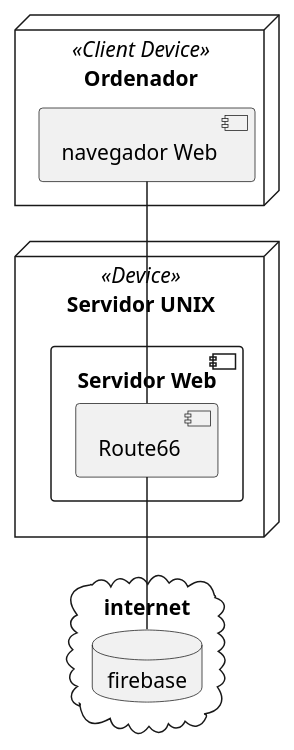
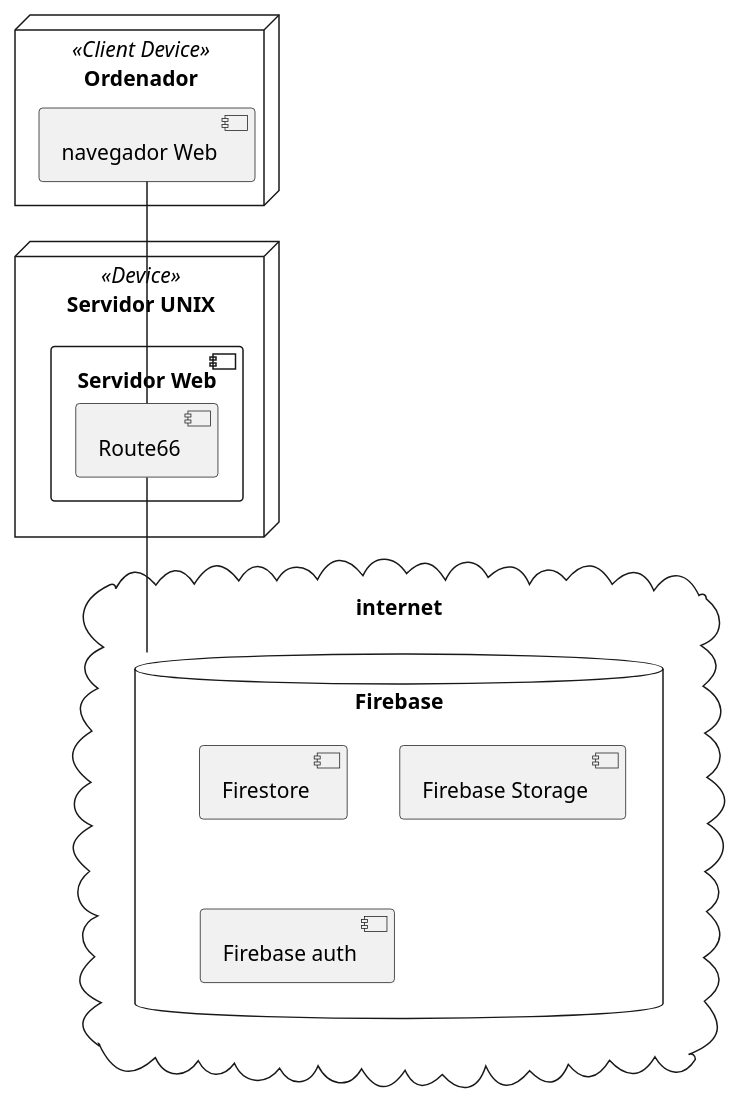
The diagram in despliegue.wsd (Cramer-0xbit/route66-plantuml), drawn with PlantUML before and after one commit. The commit also changed 5 other files, not shown here.

```diff
--- a/despliegue.wsd
+++ b/despliegue.wsd
@@ -1,16 +1,20 @@
 @startuml
 node "Ordenador" as Ordenador <<Client Device>>{
     component "navegador Web"  as browser   
 }
 
 node "Servidor UNIX" as Servidor  <<Device>>{
     component "Servidor Web"{
         component "Route66" as app
     }
 }
 cloud internet{
-database "firebase" as firebase 
+database "Firebase" as firebase {
+        component "Firestore" as firesotre
+        component "Firebase Storage" as storage
+        component "Firebase auth" as auth
+    }
 }
-browser--app
-app--firebase
+browser-down-app
+app-down-firebase
 @enduml
```
